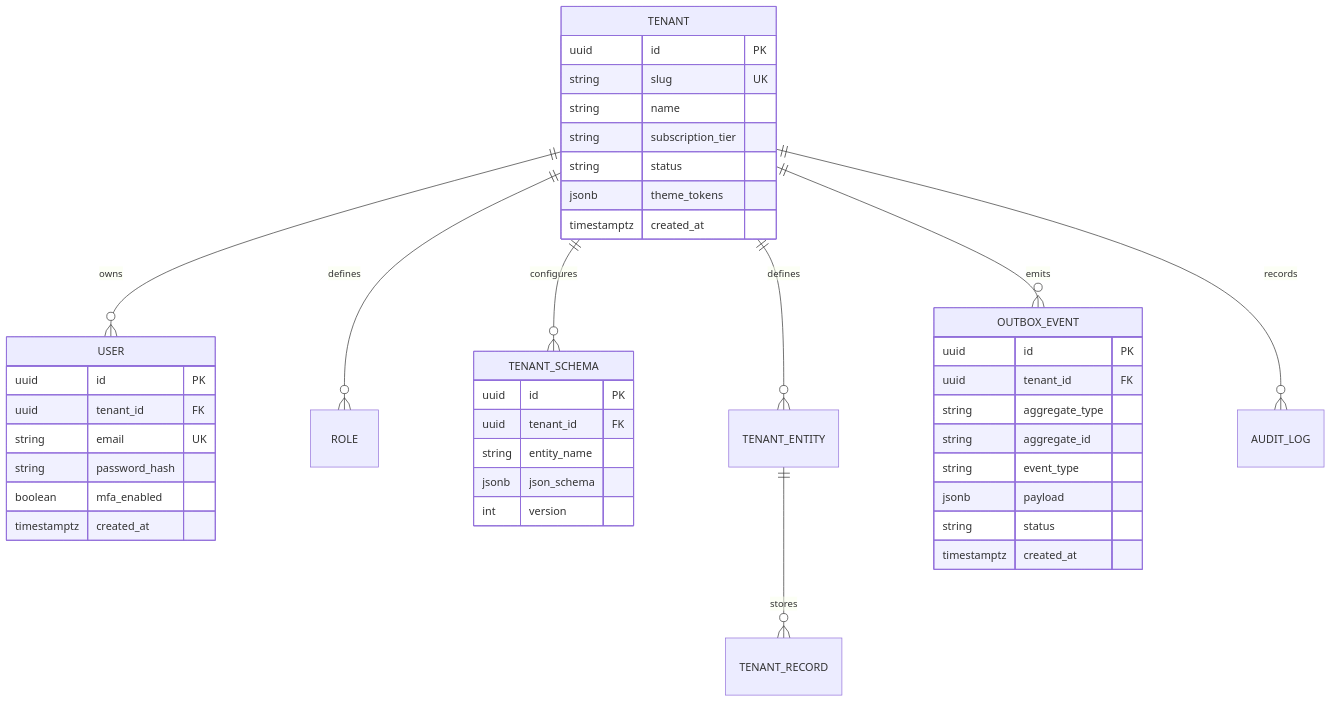
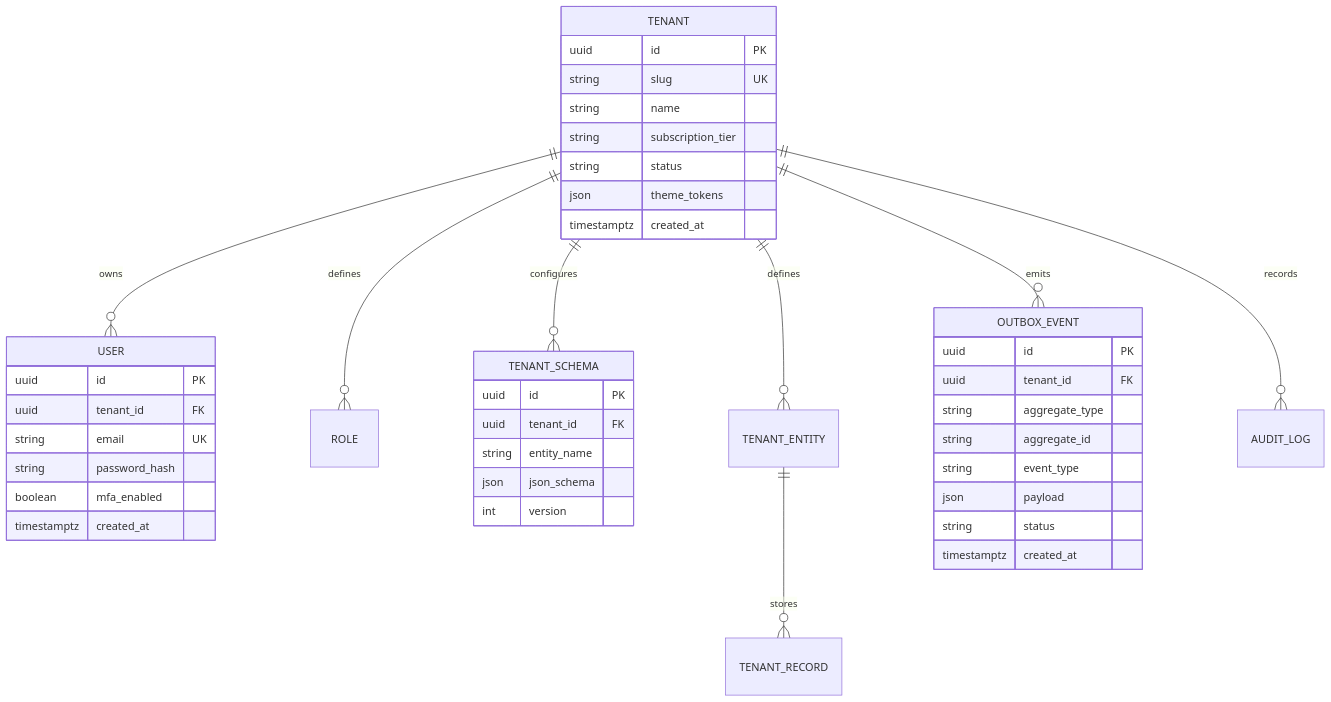
Before and after one commit to prosubodh/azcodr: the second of 2 diagrams in docs/knowledge/knowledge_graph.md, drawn with Mermaid. The commit also changed other lines of this file and 28 other files, not shown here.

First line of the commit message:
feat(architecture): make enterprise system technology, language, and stack agnostic

````diff
--- a/docs/knowledge/knowledge_graph.md
+++ b/docs/knowledge/knowledge_graph.md
@@ -59,48 +62,48 @@
 ```mermaid
 erDiagram
   TENANT ||--o{ USER : "owns"
   TENANT ||--o{ ROLE : "defines"
   TENANT ||--o{ TENANT_SCHEMA : "configures"
   TENANT ||--o{ TENANT_ENTITY : "defines"
   TENANT_ENTITY ||--o{ TENANT_RECORD : "stores"
   TENANT ||--o{ OUTBOX_EVENT : "emits"
   TENANT ||--o{ AUDIT_LOG : "records"
 
   TENANT {
     uuid id PK
     string slug UK
     string name
     string subscription_tier
     string status
-    jsonb theme_tokens
+    json theme_tokens
     timestamptz created_at
   }
 
   USER {
     uuid id PK
     uuid tenant_id FK
     string email UK
     string password_hash
     boolean mfa_enabled
     timestamptz created_at
   }
 
   TENANT_SCHEMA {
     uuid id PK
     uuid tenant_id FK
     string entity_name
-    jsonb json_schema
+    json json_schema
     int version
   }
 
   OUTBOX_EVENT {
     uuid id PK
     uuid tenant_id FK
     string aggregate_type
     string aggregate_id
     string event_type
-    jsonb payload
+    json payload
     string status
     timestamptz created_at
   }
 ```
````
